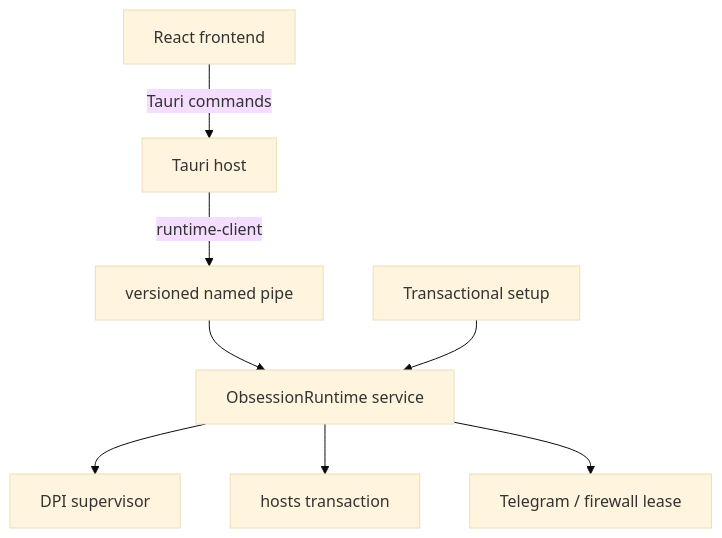
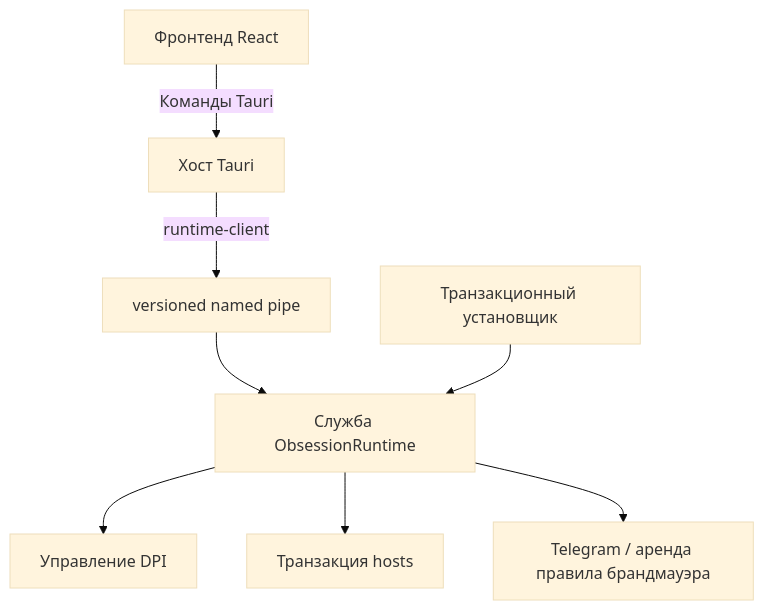
The diagram in ObsessionTauri/README.md (AcediaWhy/Obsession), drawn with Mermaid (base theme) before and after one commit. The commit also changed other lines of this file and 69 other files, not shown here.

````diff
--- a/ObsessionTauri/README.md
+++ b/ObsessionTauri/README.md
@@ -138,10 +140,10 @@
 ```mermaid
 flowchart TB
-    FE["React frontend"] -->|"Tauri commands"| HOST["Tauri host"]
+    FE["Фронтенд React"] -->|"Команды Tauri"| HOST["Хост Tauri"]
     HOST -->|"runtime-client"| PIPE["versioned named pipe"]
-    PIPE --> SERVICE["ObsessionRuntime service"]
-    SERVICE --> DPI["DPI supervisor"]
-    SERVICE --> HOSTS["hosts transaction"]
-    SERVICE --> PROXY["Telegram / firewall lease"]
-    INSTALLER["Transactional setup"] --> SERVICE
+    PIPE --> SERVICE["Служба ObsessionRuntime"]
+    SERVICE --> DPI["Управление DPI"]
+    SERVICE --> HOSTS["Транзакция hosts"]
+    SERVICE --> PROXY["Telegram / аренда правила брандмауэра"]
+    INSTALLER["Транзакционный установщик"] --> SERVICE
 ```
````
